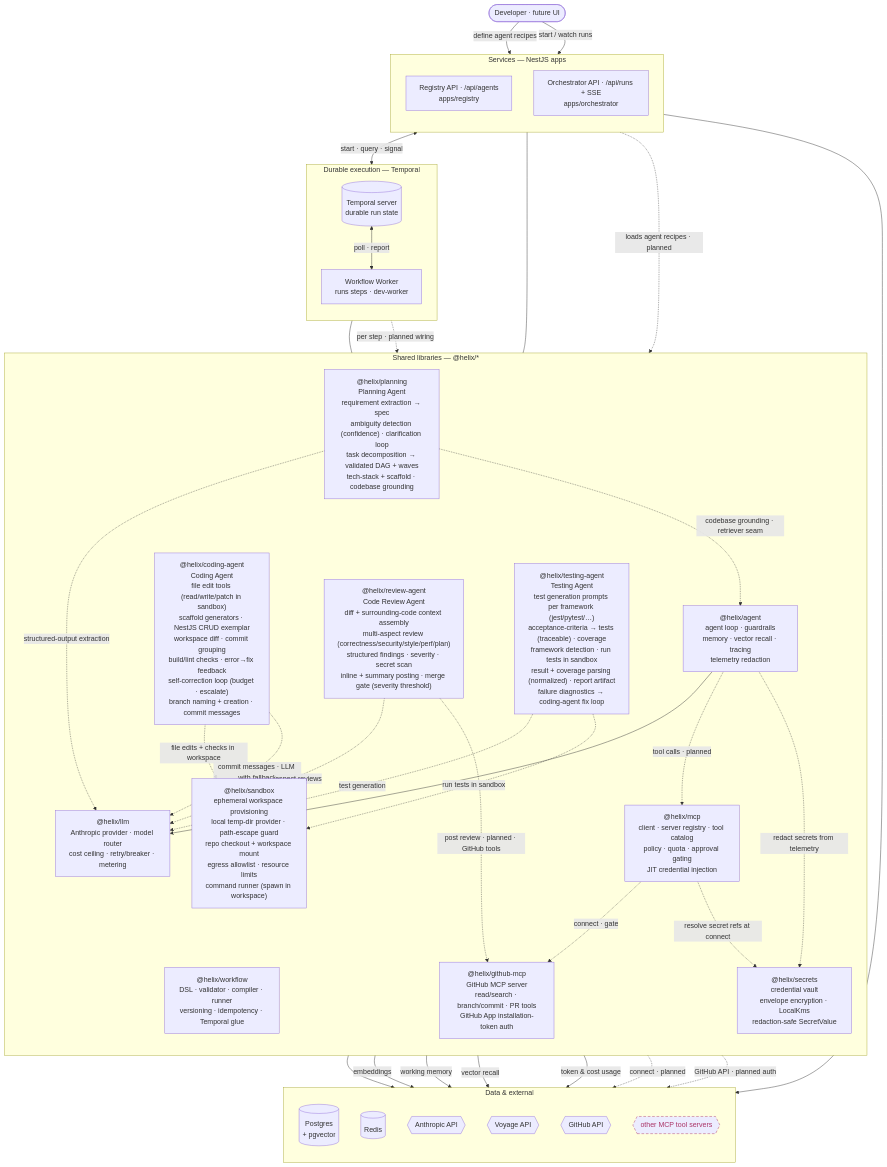
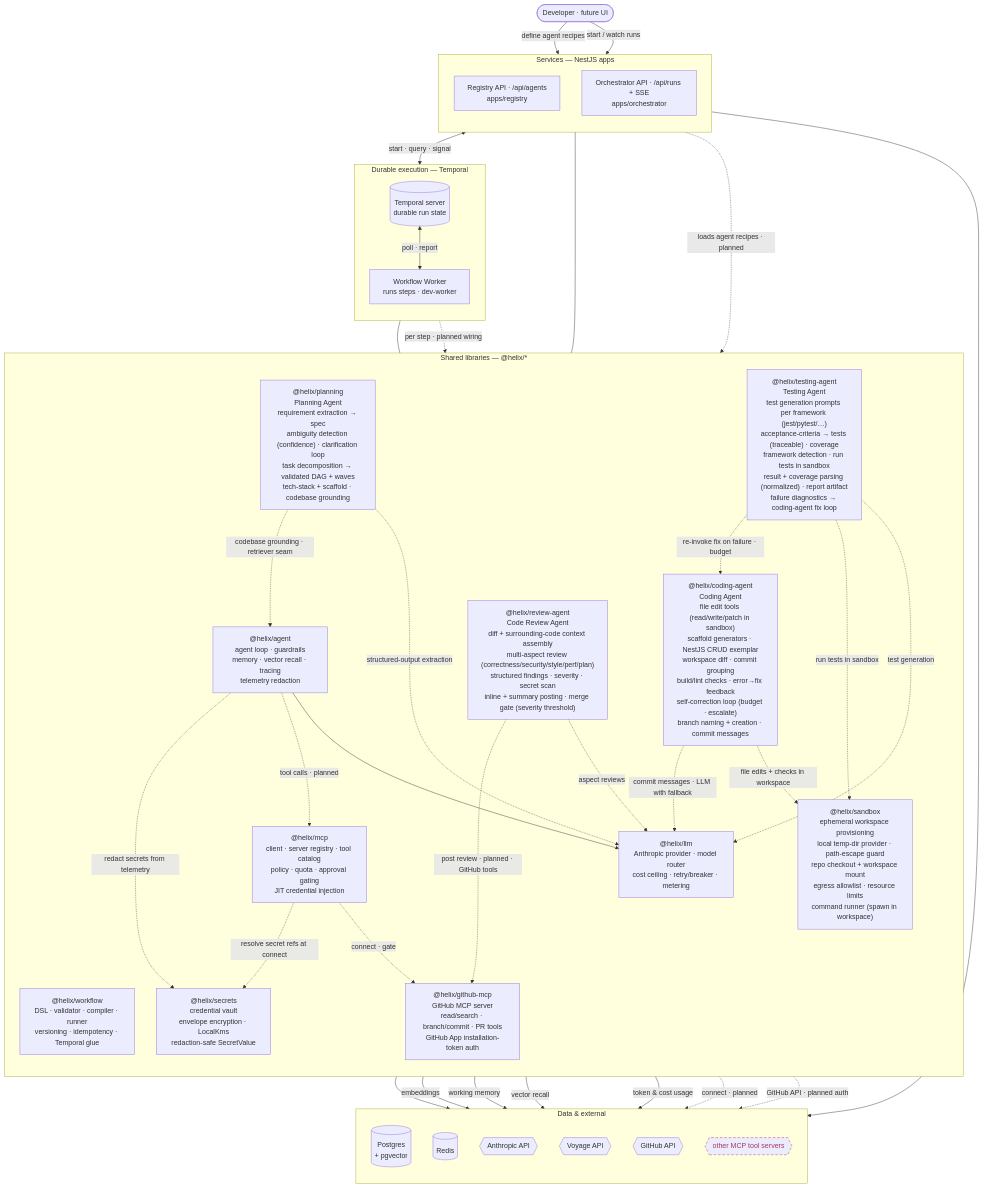
One commit to shhashhank/helix changed the first of 2 diagrams in docs/ARCHITECTURE.md. Above: the diagram before and after it, drawn with Mermaid. The commit also changed other lines of this file and 4 other files, not shown here.

First line of the commit message:
HELIX-123: re-invoke coding step + budget (test fix loop) (#87)

````diff
--- a/docs/ARCHITECTURE.md
+++ b/docs/ARCHITECTURE.md
@@ -16,74 +16,75 @@
 ```mermaid
 flowchart TB
   user([Developer · future UI])
 
   subgraph svc["Services — NestJS apps"]
     direction TB
     reg["Registry API · /api/agents<br/>apps/registry"]
     orc["Orchestrator API · /api/runs + SSE<br/>apps/orchestrator"]
   end
 
   subgraph dur["Durable execution — Temporal"]
     direction TB
     tmp[("Temporal server<br/>durable run state")]
     wkr["Workflow Worker<br/>runs steps · dev-worker"]
   end
 
   subgraph lib["Shared libraries — @helix/*"]
     direction TB
     wf["@helix/workflow<br/>DSL · validator · compiler · runner<br/>versioning · idempotency · Temporal glue"]
     ag["@helix/agent<br/>agent loop · guardrails<br/>memory · vector recall · tracing<br/>telemetry redaction"]
     lm["@helix/llm<br/>Anthropic provider · model router<br/>cost ceiling · retry/breaker · metering"]
     mc["@helix/mcp<br/>client · server registry · tool catalog<br/>policy · quota · approval gating<br/>JIT credential injection"]
     gh["@helix/github-mcp<br/>GitHub MCP server<br/>read/search · branch/commit · PR tools<br/>GitHub App installation-token auth"]
     sec["@helix/secrets<br/>credential vault<br/>envelope encryption · LocalKms<br/>redaction-safe SecretValue"]
     pl["@helix/planning<br/>Planning Agent<br/>requirement extraction → spec<br/>ambiguity detection (confidence) · clarification loop<br/>task decomposition → validated DAG + waves<br/>tech-stack + scaffold · codebase grounding"]
     sbx["@helix/sandbox<br/>ephemeral workspace provisioning<br/>local temp-dir provider · path-escape guard<br/>repo checkout + workspace mount<br/>egress allowlist · resource limits<br/>command runner (spawn in workspace)"]
     cag["@helix/coding-agent<br/>Coding Agent<br/>file edit tools (read/write/patch in sandbox)<br/>scaffold generators · NestJS CRUD exemplar<br/>workspace diff · commit grouping<br/>build/lint checks · error→fix feedback<br/>self-correction loop (budget · escalate)<br/>branch naming + creation · commit messages"]
     rev["@helix/review-agent<br/>Code Review Agent<br/>diff + surrounding-code context assembly<br/>multi-aspect review (correctness/security/style/perf/plan)<br/>structured findings · severity · secret scan<br/>inline + summary posting · merge gate (severity threshold)"]
     tst["@helix/testing-agent<br/>Testing Agent<br/>test generation prompts per framework (jest/pytest/…)<br/>acceptance-criteria → tests (traceable) · coverage<br/>framework detection · run tests in sandbox<br/>result + coverage parsing (normalized) · report artifact<br/>failure diagnostics → coding-agent fix loop"]
   end
 
   subgraph dat["Data & external"]
     direction TB
     pg[("Postgres<br/>+ pgvector")]
     rd[("Redis")]
     an{{Anthropic API}}
     vo{{Voyage API}}
     gha{{GitHub API}}
     ext{{other MCP tool servers}}
   end
 
   user -->|define agent recipes| reg
   user -->|start / watch runs| orc
   reg --> pg
   orc <-->|start · query · signal| tmp
   tmp <-->|poll · report| wkr
   wkr --- wf
   orc --- wf
   wkr -.->|per step · planned wiring| ag
   reg -.->|loads agent recipes · planned| ag
   ag --> lm
   ag -.->|tool calls · planned| mc
   lm --> an
   ag -->|embeddings| vo
   ag -->|working memory| rd
   ag -->|vector recall| pg
   lm -->|token & cost usage| pg
   mc -.->|connect · gate| gh
   mc -.->|connect · planned| ext
   mc -.->|resolve secret refs at connect| sec
   ag -.->|redact secrets from telemetry| sec
   pl -.->|structured-output extraction| lm
   pl -.->|codebase grounding · retriever seam| ag
   cag -.->|file edits + checks in workspace| sbx
   cag -.->|commit messages · LLM with fallback| lm
   rev -.->|aspect reviews| lm
   tst -.->|test generation| lm
   tst -.->|run tests in sandbox| sbx
+  tst -.->|re-invoke fix on failure · budget| cag
   rev -.->|post review · planned · GitHub tools| gh
   gh -.->|GitHub API · planned auth| gha
 
   classDef planned stroke-dasharray:6 4,stroke:#a36,color:#a36;
   class ext planned;
 ```
````
